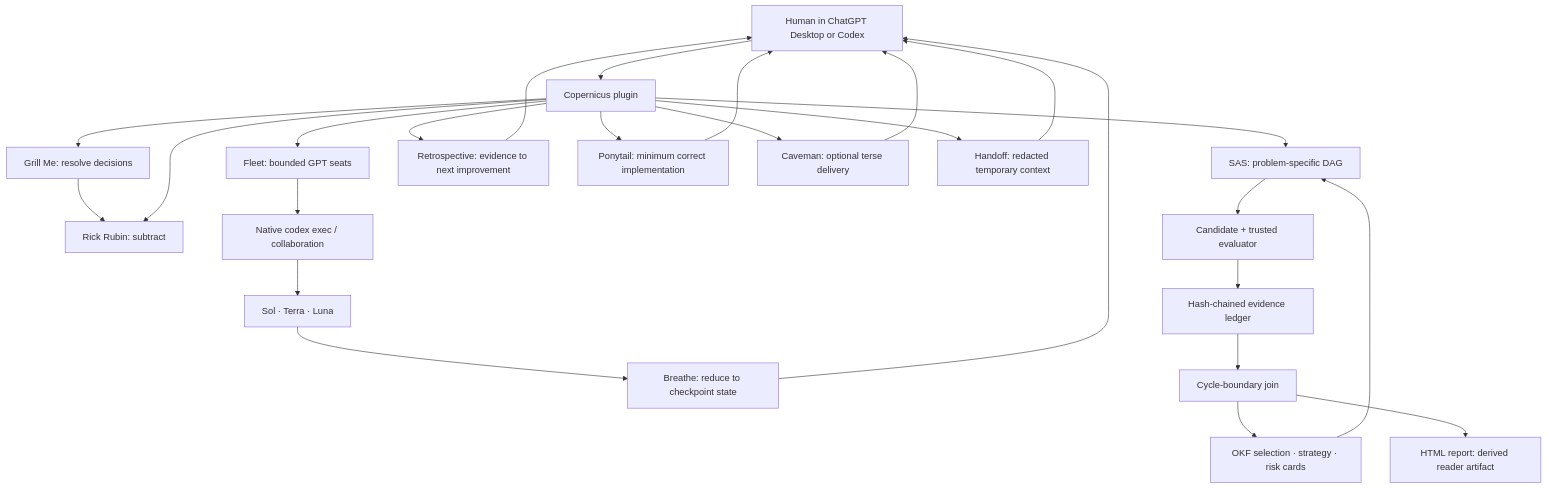
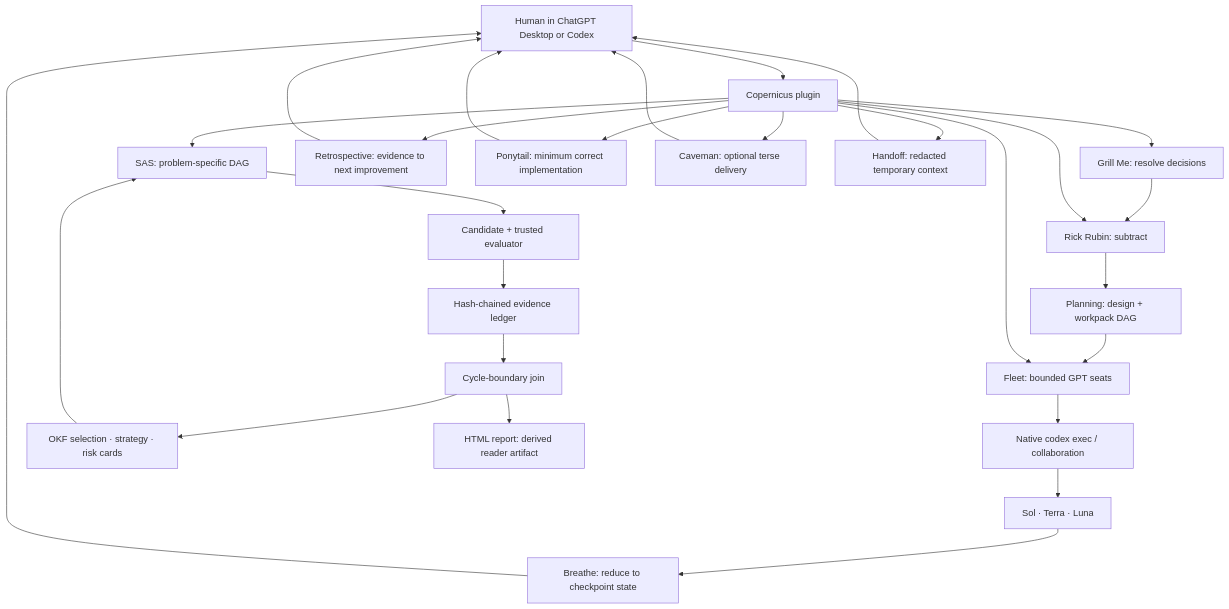
The diagram in docs/copernicus/architecture.md (Babinci/copernicus), drawn with Mermaid before and after one commit. The commit also changed other lines of this file and 12 other files, not shown here.

````diff
--- a/docs/copernicus/architecture.md
+++ b/docs/copernicus/architecture.md
@@ -14,27 +14,29 @@
 ```mermaid
 flowchart TD
     U["Human in ChatGPT Desktop or Codex"] --> P["Copernicus plugin"]
     P --> Q["Grill Me: resolve decisions"]
     Q --> R
     P --> R["Rick Rubin: subtract"]
+    R --> W["Planning: design + workpack DAG"]
+    W --> F
     P --> F["Fleet: bounded GPT seats"]
     P --> S["SAS: problem-specific DAG"]
     F --> C["Native codex exec / collaboration"]
     C --> M["Sol · Terra · Luna"]
     M --> B["Breathe: reduce to checkpoint state"]
     B --> U
     S --> G["Candidate + trusted evaluator"]
     G --> E["Hash-chained evidence ledger"]
     E --> J["Cycle-boundary join"]
     J --> O["OKF selection · strategy · risk cards"]
     J --> H["HTML report: derived reader artifact"]
     O --> S
     P --> K["Retrospective: evidence to next improvement"]
     P --> Y["Ponytail: minimum correct implementation"]
     P --> V["Caveman: optional terse delivery"]
     P --> T["Handoff: redacted temporary context"]
     K --> U
     Y --> U
     V --> U
     T --> U
 ```
````
